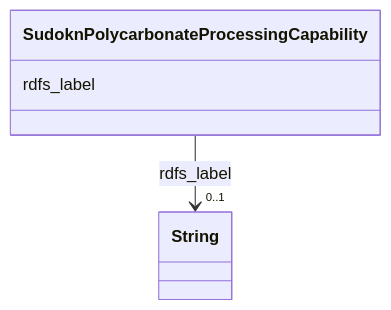
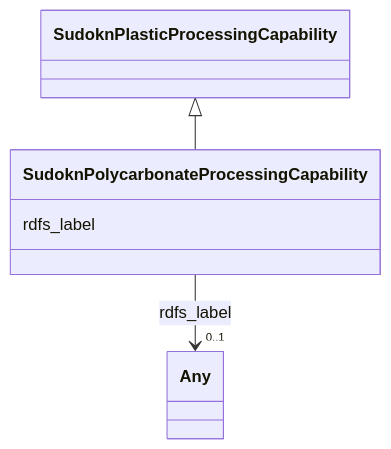
One commit to frink-okn/graph-descriptions changed the diagram in sudokn-kg/classes/SudoknPolycarbonateProcessingCapability.md. Above: the diagram before and after it, drawn with Mermaid. The commit also changed other lines of this file and 903 other files, not shown here.

````diff
--- a/sudokn-kg/classes/SudoknPolycarbonateProcessingCapability.md
+++ b/sudokn-kg/classes/SudoknPolycarbonateProcessingCapability.md
@@ -23,15 +18,18 @@
 ```mermaid
  classDiagram
     class SudoknPolycarbonateProcessingCapability
     click SudoknPolycarbonateProcessingCapability href "../SudoknPolycarbonateProcessingCapability"
+      SudoknPlasticProcessingCapability <|-- SudoknPolycarbonateProcessingCapability
+        click SudoknPlasticProcessingCapability href "../SudoknPlasticProcessingCapability"
+      
       SudoknPolycarbonateProcessingCapability : rdfs_label
         
           
     
     
-    SudoknPolycarbonateProcessingCapability --> "0..1" String : rdfs_label
-    click String href "../String"
+    SudoknPolycarbonateProcessingCapability --> "0..1" Any : rdfs_label
+    click Any href "../Any"
 
         
       
 ```
````
